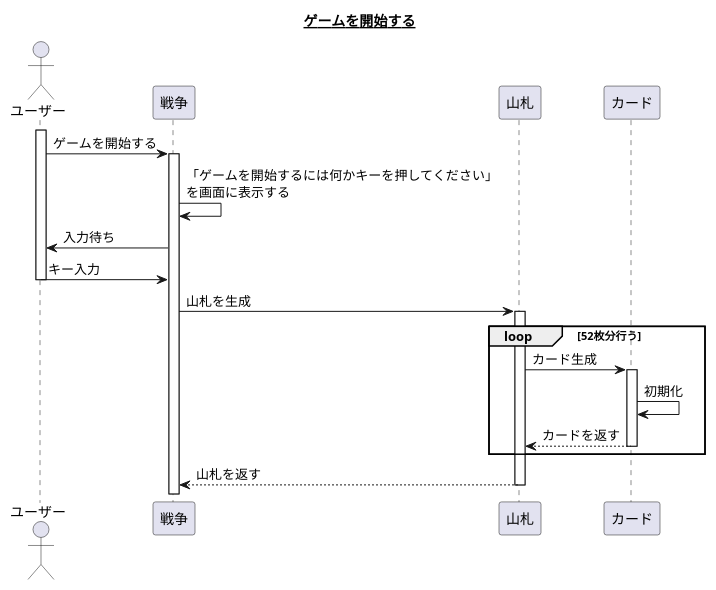
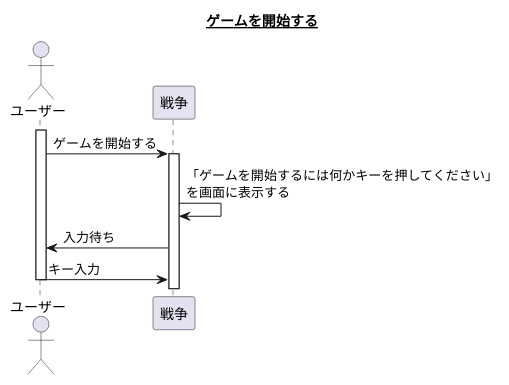
Before and after one commit to hachimitu22/study: the first of 5 diagrams in uml/CardGame/doc/design/sequence.md, drawn with PlantUML. The commit also changed other lines of this file and 1 other file, not shown here.

Commit message:
シーケンス図を連続して遊べるように変更

````diff
--- a/uml/CardGame/doc/design/sequence.md
+++ b/uml/CardGame/doc/design/sequence.md
@@ -3,30 +3,18 @@
 ```plantuml
 @startuml
 
 title __ゲームを開始する__
 
 actor ユーザー
 activate ユーザー
 
 ユーザー -> 戦争 : ゲームを開始する
 activate 戦争
 
 戦争 -> 戦争 : 「ゲームを開始するには何かキーを押してください」\nを画面に表示する
 ユーザー <- 戦争 : 入力待ち
 ユーザー -> 戦争 : キー入力
 deactivate ユーザー
 
-戦争 -> 山札 : 山札を生成
-activate 山札
-loop 52枚分行う
-  山札 -> カード : カード生成
-  activate カード
-  カード -> カード : 初期化
-  山札 <-- カード : カードを返す
-  deactivate カード
-end
-戦争 <-- 山札 : 山札を返す
-deactivate 山札
-
 @enduml
 ```
````
